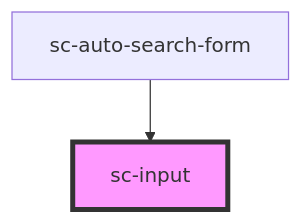
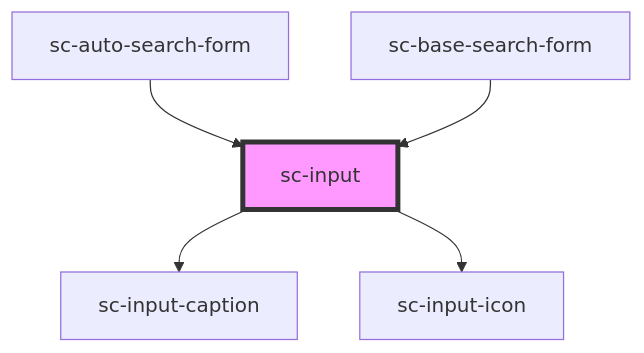
One commit to searchcraft-inc/searchcraft-javascript-sdks changed the diagram in packages/searchcraft-web-components/src/components/sc-input/readme.md. Above: the diagram before and after it, drawn with Mermaid. The commit also changed other lines of this file and 18 other files, not shown here.

Commit message:
Integrate web components into base search form

````diff
--- a/packages/searchcraft-web-components/src/components/sc-input/readme.md
+++ b/packages/searchcraft-web-components/src/components/sc-input/readme.md
@@ -37,5 +43,8 @@
 ```mermaid
 graph TD;
+  sc-input --> sc-input-caption
+  sc-input --> sc-input-icon
   sc-auto-search-form --> sc-input
+  sc-base-search-form --> sc-input
   style sc-input fill:#f9f,stroke:#333,stroke-width:4px
 ```
````
